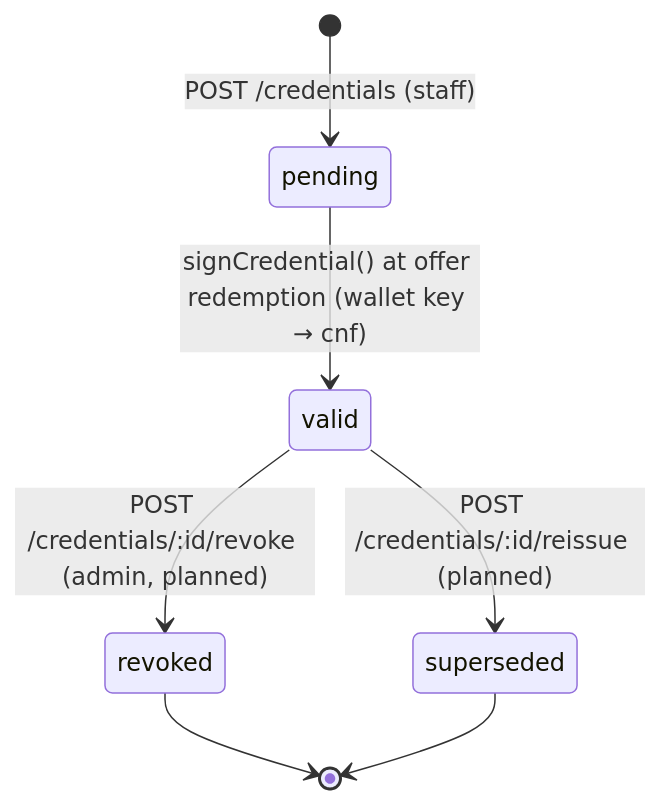
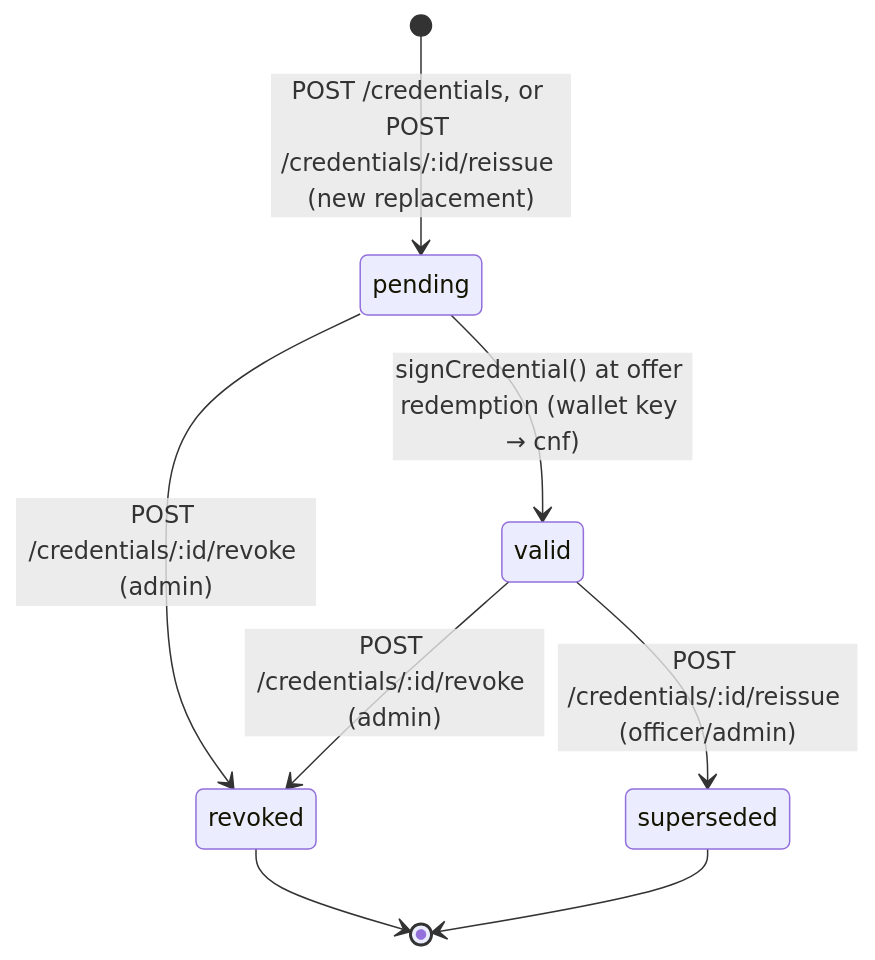
Before and after one commit to Thisathgeemal/UniVault: the diagram in docs/api/credentials-api.md, drawn with Mermaid. The commit also changed other lines of this file and 38 other files, not shown here.

````diff
--- a/docs/api/credentials-api.md
+++ b/docs/api/credentials-api.md
@@ -33,9 +37,10 @@
 ```mermaid
 stateDiagram-v2
-    [*] --> pending: POST /credentials (staff)
+    [*] --> pending: POST /credentials, or POST /credentials/:id/reissue (new replacement)
     pending --> valid: signCredential() at offer redemption (wallet key → cnf)
-    valid --> revoked: POST /credentials/:id/revoke (admin, planned)
-    valid --> superseded: POST /credentials/:id/reissue (planned)
+    pending --> revoked: POST /credentials/:id/revoke (admin)
+    valid --> revoked: POST /credentials/:id/revoke (admin)
+    valid --> superseded: POST /credentials/:id/reissue (officer/admin)
     revoked --> [*]
     superseded --> [*]
 ```
````
